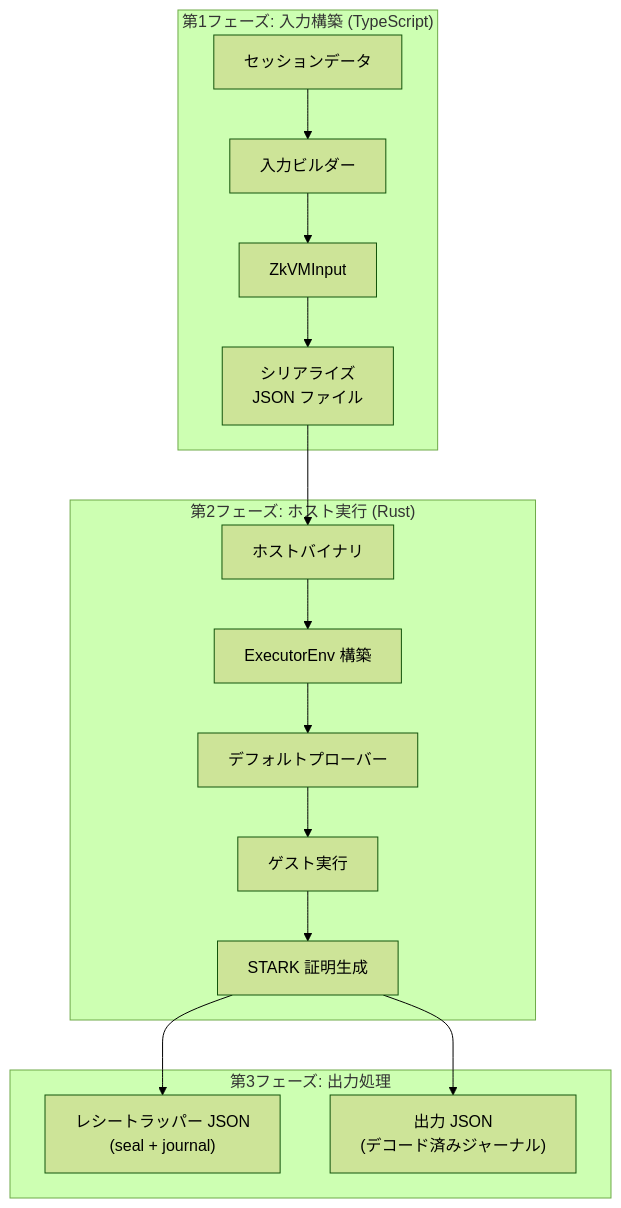
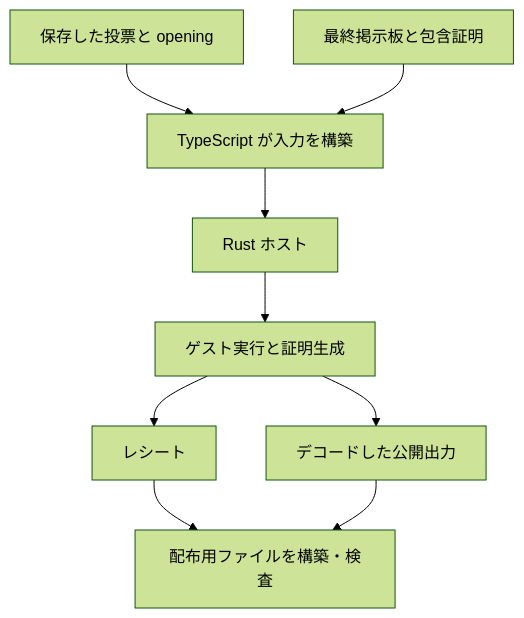
The first of 2 diagrams in public-book/src/zkvm/host-and-proving.md (hwatanabe-jp/stark-ballot-simulator-public), drawn with Mermaid (forest theme) before and after one commit. The commit also changed other lines of this file and 1197 other files, not shown here.

````diff
--- a/public-book/src/zkvm/host-and-proving.md
+++ b/public-book/src/zkvm/host-and-proving.md
@@ -25,21 +9,11 @@
 ```mermaid
-flowchart TD
-  subgraph "第1フェーズ: 入力構築 (TypeScript)"
-    SD[セッションデータ] --> IB[入力ビルダー]
-    IB --> ZI[ZkVMInput]
-    ZI --> SER[シリアライズ<br/>JSON ファイル]
-  end
-
-  subgraph "第2フェーズ: ホスト実行 (Rust)"
-    SER --> HOST[ホストバイナリ]
-    HOST --> ENV[ExecutorEnv 構築]
-    ENV --> PROVER[デフォルトプローバー]
-    PROVER --> GUEST[ゲスト実行]
-    GUEST --> PROOF[STARK 証明生成]
-  end
-
-  subgraph "第3フェーズ: 出力処理"
-    PROOF --> RCP["レシートラッパー JSON<br/>(seal + journal)"]
-    PROOF --> OUT["出力 JSON<br/>(デコード済みジャーナル)"]
-  end
+flowchart TB
+  V[保存した投票と opening] --> I[TypeScript が入力を構築]
+  B[最終掲示板と包含証明] --> I
+  I --> H[Rust ホスト]
+  H --> G[ゲスト実行と証明生成]
+  G --> R[レシート]
+  G --> J[デコードした公開出力]
+  R --> A[配布用ファイルを構築・検査]
+  J --> A
 ```
````
